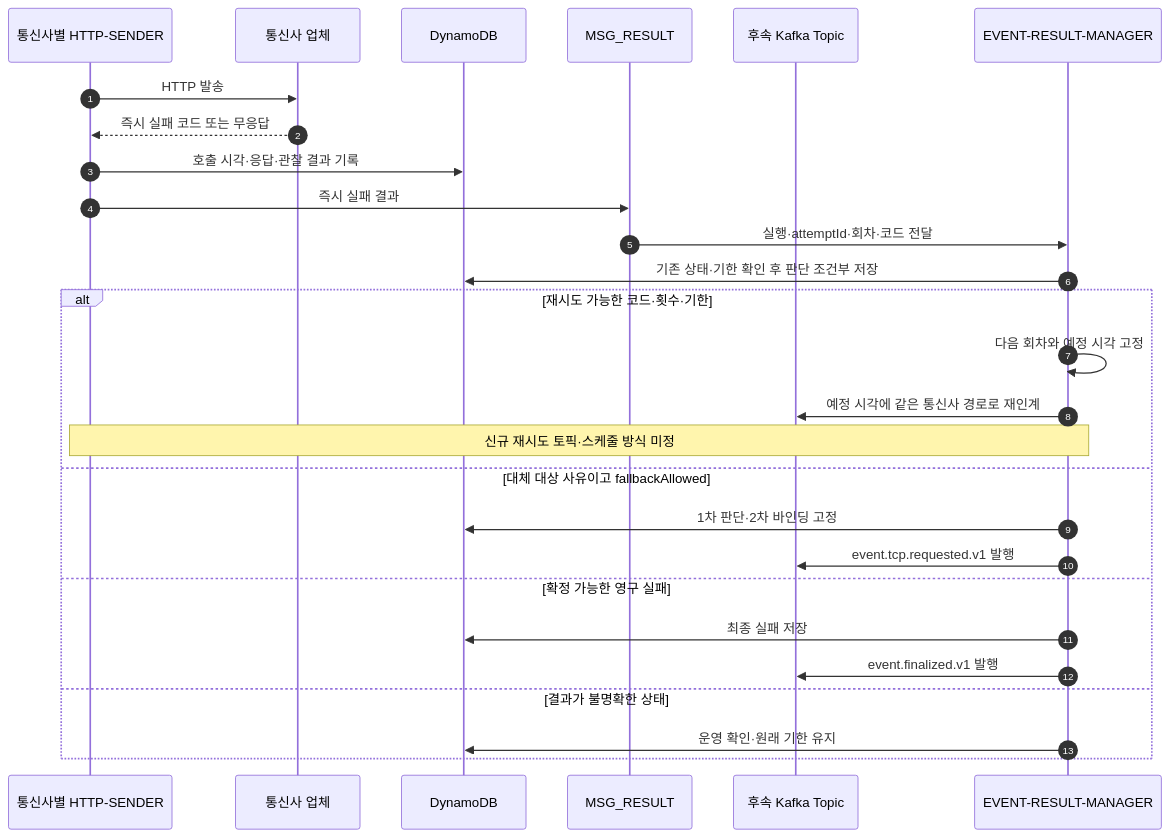
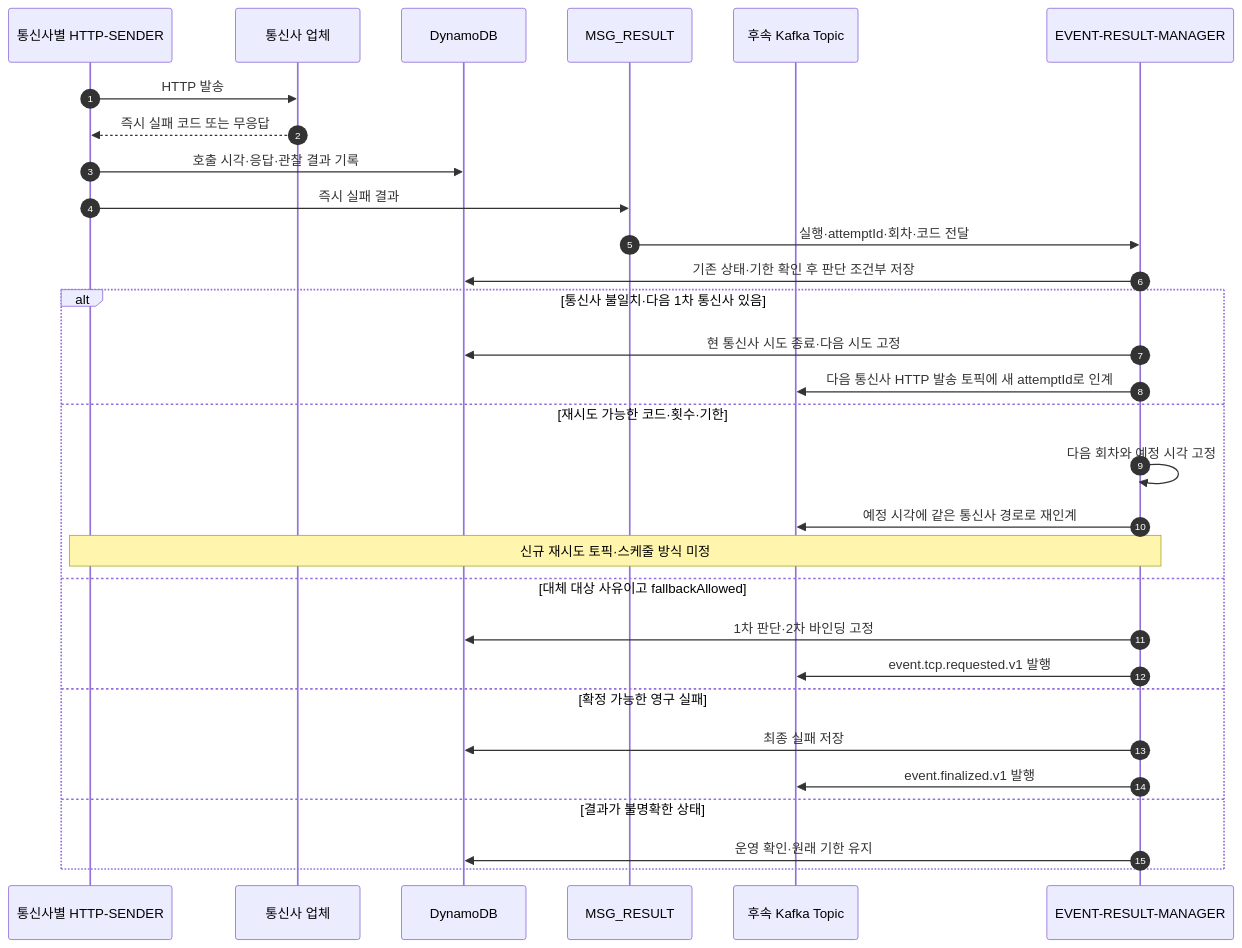
Before and after one commit to hyun-seung/High-throughput-event-platform: the sixth of 10 diagrams in docs/53-신규-이벤트-케이스별-Call-Flow.md, drawn with Mermaid. The commit also changed other lines of this file and 2 other files, not shown here.

Commit message:
전화번호 매핑 누락 시 통신사 탐색 정의

````diff
--- a/docs/53-신규-이벤트-케이스별-Call-Flow.md
+++ b/docs/53-신규-이벤트-케이스별-Call-Flow.md
@@ -145,29 +171,32 @@
 ```mermaid
 sequenceDiagram
     autonumber
     participant S as 통신사별 HTTP-SENDER
     participant P as 통신사 업체
     participant D as DynamoDB
     participant K as MSG_RESULT
     participant T as 후속 Kafka Topic
     participant M as EVENT-RESULT-MANAGER
     S->>P: HTTP 발송
     P-->>S: 즉시 실패 코드 또는 무응답
     S->>D: 호출 시각·응답·관찰 결과 기록
     S->>K: 즉시 실패 결과
     K->>M: 실행·attemptId·회차·코드 전달
     M->>D: 기존 상태·기한 확인 후 판단 조건부 저장
-    alt 재시도 가능한 코드·횟수·기한
+    alt 통신사 불일치·다음 1차 통신사 있음
+        M->>D: 현 통신사 시도 종료·다음 시도 고정
+        M->>T: 다음 통신사 HTTP 발송 토픽에 새 attemptId로 인계
+    else 재시도 가능한 코드·횟수·기한
         M->>M: 다음 회차와 예정 시각 고정
         M->>T: 예정 시각에 같은 통신사 경로로 재인계
         Note over M,S: 신규 재시도 토픽·스케줄 방식 미정
     else 대체 대상 사유이고 fallbackAllowed
         M->>D: 1차 판단·2차 바인딩 고정
         M->>T: event.tcp.requested.v1 발행
     else 확정 가능한 영구 실패
         M->>D: 최종 실패 저장
         M->>T: event.finalized.v1 발행
     else 결과가 불명확한 상태
         M->>D: 운영 확인·원래 기한 유지
     end
 ```
````
